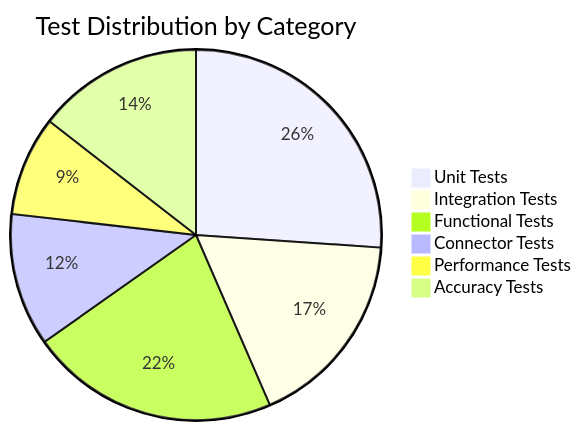
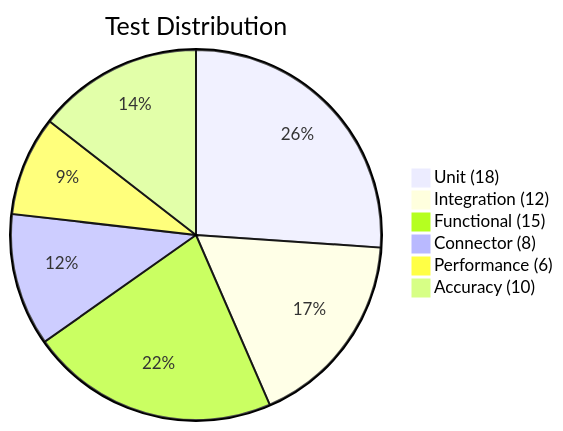
Diagram 11 of 13 in README.md (santhoshkrishnan-M/SCM-connector), drawn with Mermaid before and after one commit. The commit also changed other lines of this file, not shown here.

````diff
--- a/README.md
+++ b/README.md
@@ -708,9 +515,9 @@
 ```mermaid
-pie title Test Distribution by Category
-    "Unit Tests" : 18
-    "Integration Tests" : 12
-    "Functional Tests" : 15
-    "Connector Tests" : 8
-    "Performance Tests" : 6
-    "Accuracy Tests" : 10
+pie title Test Distribution
+    "Unit (18)" : 18
+    "Integration (12)" : 12
+    "Functional (15)" : 15
+    "Connector (8)" : 8
+    "Performance (6)" : 6
+    "Accuracy (10)" : 10
 ```
````
